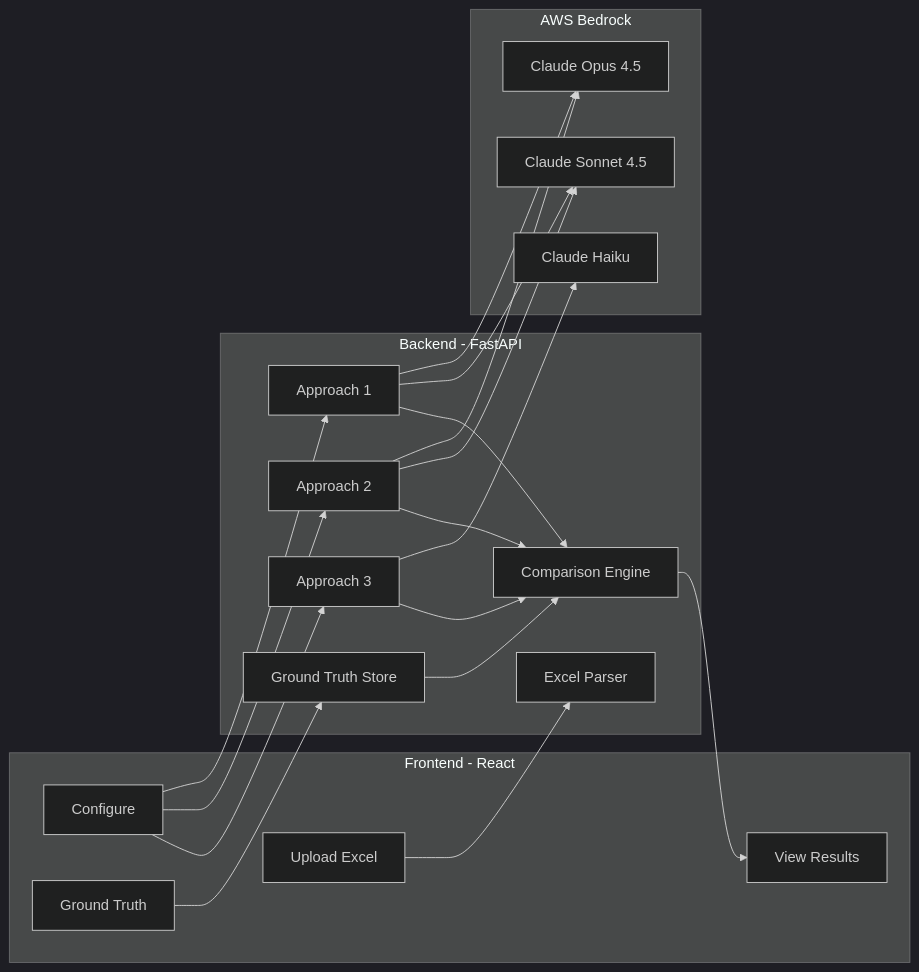
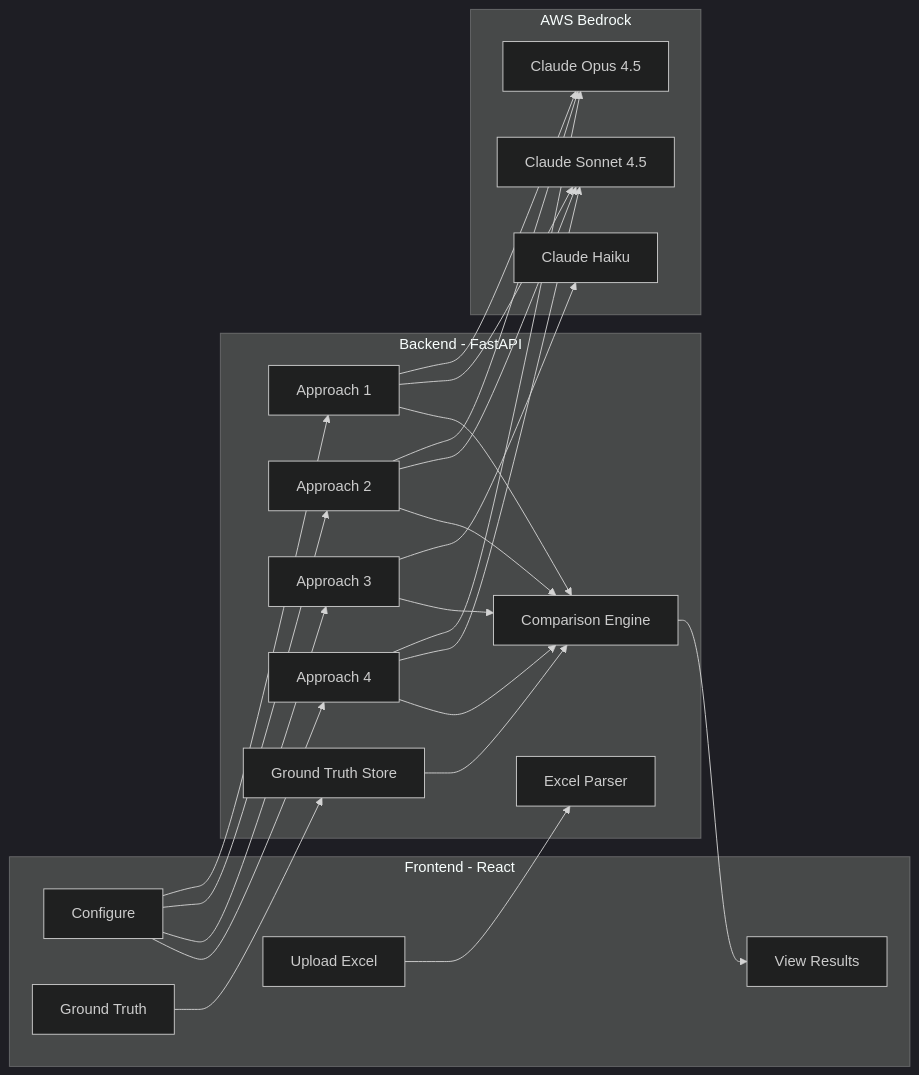
One commit to dil-pkoppany/advanced-question-extraction-poc changed the diagram in README.md. Above: the diagram before and after it, drawn with Mermaid (dark theme). The commit also changed other lines of this file and 18 other files, not shown here.

````diff
--- a/README.md
+++ b/README.md
@@ -11,33 +11,34 @@
 ```mermaid
 flowchart LR
     subgraph frontend [Frontend - React]
         Upload[Upload Excel]
         Config[Configure]
         Results[View Results]
         GT[Ground Truth]
     end
 
     subgraph backend [Backend - FastAPI]
         Parser[Excel Parser]
         A1[Approach 1]
         A2[Approach 2]
         A3[Approach 3]
+        A4[Approach 4]
         Compare[Comparison Engine]
         GTStore[Ground Truth Store]
     end
 
     subgraph llm [AWS Bedrock]
         Opus[Claude Opus 4.5]
         Sonnet[Claude Sonnet 4.5]
         Haiku[Claude Haiku]
     end
 
     Upload --> Parser
-    Config --> A1 & A2 & A3
-    A1 & A2 --> Opus & Sonnet
+    Config --> A1 & A2 & A3 & A4
+    A1 & A2 & A4 --> Opus & Sonnet
     A3 --> Haiku
-    A1 & A2 & A3 --> Compare
+    A1 & A2 & A3 & A4 --> Compare
     Compare --> Results
     GT --> GTStore
     GTStore --> Compare
 ```
````
